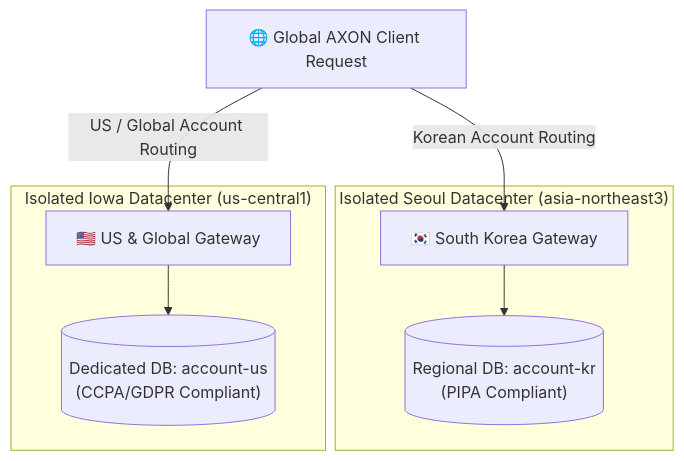
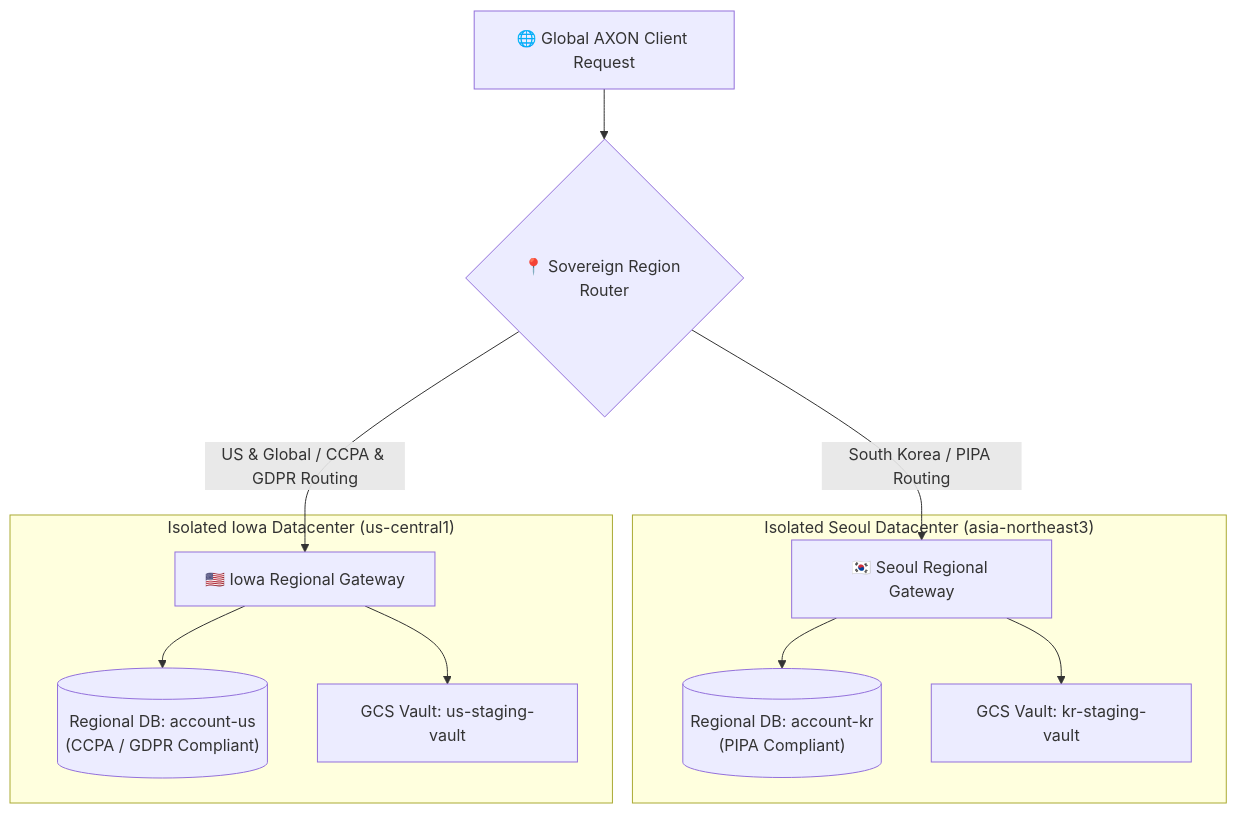
One commit to gosutox/gosutox-docs changed the diagram in trust/data-sovereignty.mdx. Above: the diagram before and after it, drawn with Mermaid. The commit also changed other lines of this file and 4 other files, not shown here.

````diff
--- a/trust/data-sovereignty.mdx
+++ b/trust/data-sovereignty.mdx
@@ -25,14 +12,17 @@
 ```mermaid
 flowchart TD
-    Client["🌐 Global AXON Client Request"]
-    Client -->|"Korean Account Routing"| KR["🇰🇷 South Korea Gateway"]
-    Client -->|"US / Global Account Routing"| US["🇺🇸 US & Global Gateway"]
+    Client["🌐 Global AXON Client Request"] --> Router{"📍 Sovereign Region Router"}
 
-    subgraph KR_Datacenter ["Isolated Seoul Datacenter (asia-northeast3)"]
-        KR --> KR_DB[("Regional DB: account-kr<br/>(PIPA Compliant)")]
+    Router -->|South Korea / PIPA Routing| KR_Gate["🇰🇷 Seoul Regional Gateway"]
+    Router -->|US & Global / CCPA & GDPR Routing| US_Gate["🇺🇸 Iowa Regional Gateway"]
+
+    subgraph KR_Cluster ["Isolated Seoul Datacenter (asia-northeast3)"]
+        KR_Gate --> KR_DB[("Regional DB: account-kr\n(PIPA Compliant)")]
+        KR_Gate --> KR_Vault["GCS Vault: kr-staging-vault"]
     end
 
-    subgraph US_Datacenter ["Isolated Iowa Datacenter (us-central1)"]
-        US --> US_DB[("Dedicated DB: account-us<br/>(CCPA/GDPR Compliant)")]
+    subgraph US_Cluster ["Isolated Iowa Datacenter (us-central1)"]
+        US_Gate --> US_DB[("Regional DB: account-us\n(CCPA / GDPR Compliant)")]
+        US_Gate --> US_Vault["GCS Vault: us-staging-vault"]
     end
 ```
````
